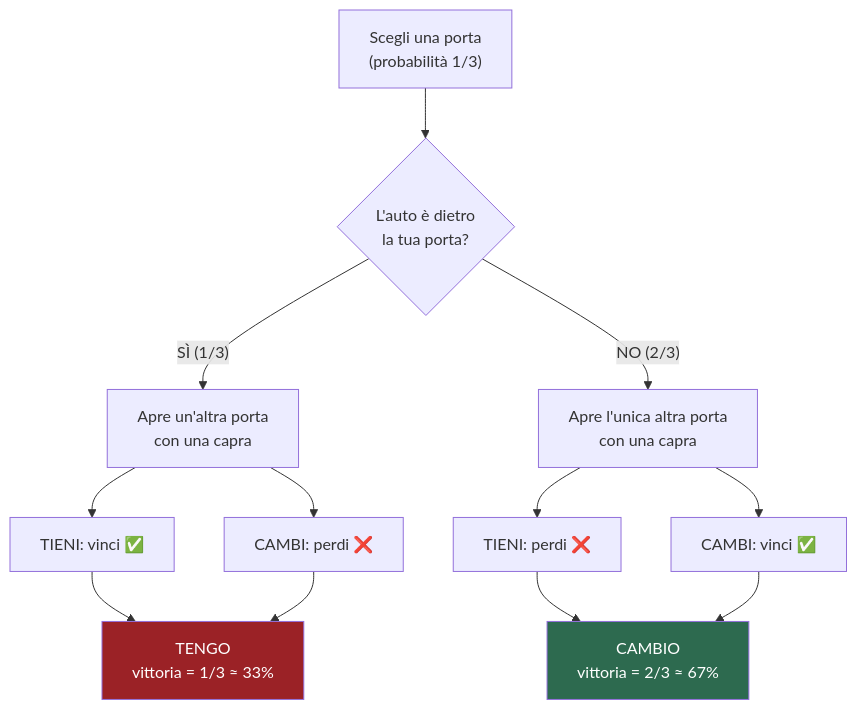
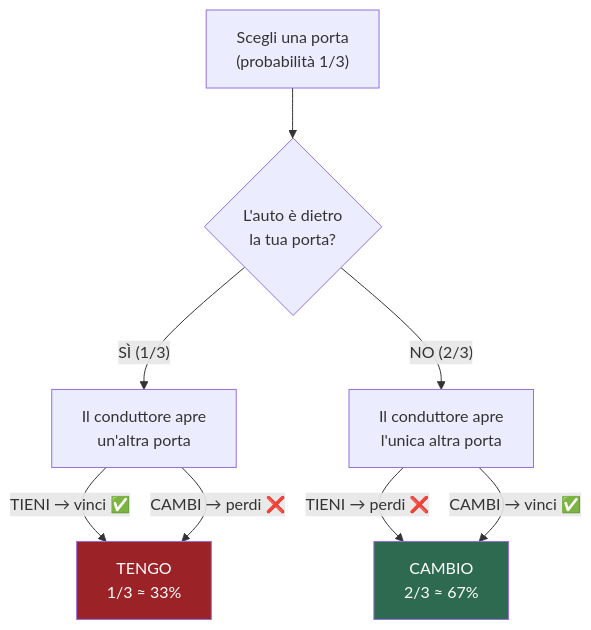
The diagram in README.md (DiscoHDuBois/Dilemma-Monty-Hall), drawn with Mermaid before and after one commit. The commit also changed other lines of this file, not shown here.

````diff
--- a/README.md
+++ b/README.md
@@ -40,21 +40,18 @@
 ```mermaid
 flowchart TD
     A["Scegli una porta<br>(probabilità 1/3)"] --> B{"L'auto è dietro<br>la tua porta?"}
 
-    B -- "SÌ (1/3)" --> C["Apre un'altra porta<br>con una capra"]
-    B -- "NO (2/3)" --> D["Apre l'unica altra porta<br>con una capra"]
+    B -- "SÌ (1/3)" --> C["Il conduttore apre<br>un'altra porta"]
+    B -- "NO (2/3)" --> D["Il conduttore apre<br>l'unica altra porta"]
 
-    C --> E["TIENI: vinci ✅"]
-    C --> F["CAMBI: perdi ❌"]
+    C -- "TIENI → vinci ✅" --> Z
+    C -- "CAMBI → perdi ❌" --> Z
+    D -- "TIENI → perdi ❌" --> W
+    D -- "CAMBI → vinci ✅" --> W
 
-    D --> G["TIENI: perdi ❌"]
-    D --> H["CAMBI: vinci ✅"]
-
-    E --> Z["TENGO<br>vittoria = 1/3 ≈ 33%"]
-    F --> Z
-    G --> W["CAMBIO<br>vittoria = 2/3 ≈ 67%"]
-    H --> W
+    Z["TENGO<br>1/3 ≈ 33%"]
+    W["CAMBIO<br>2/3 ≈ 67%"]
 
     style W fill:#2d6a4f,color:#fff
     style Z fill:#9b2226,color:#fff
 ```
````
